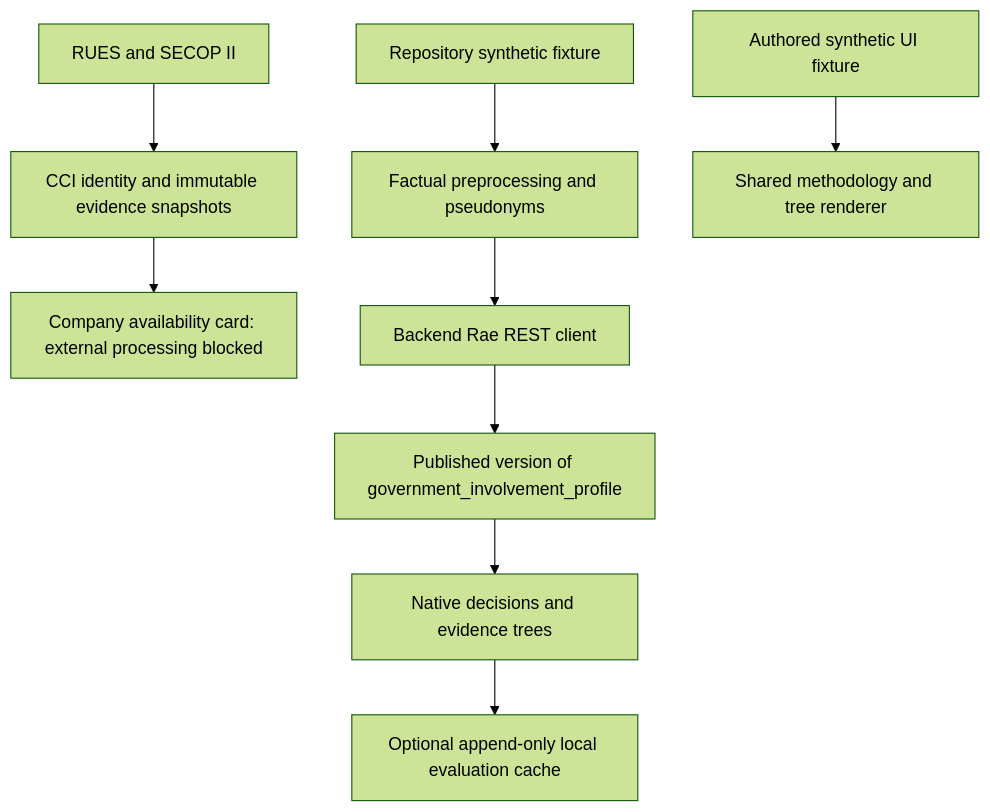
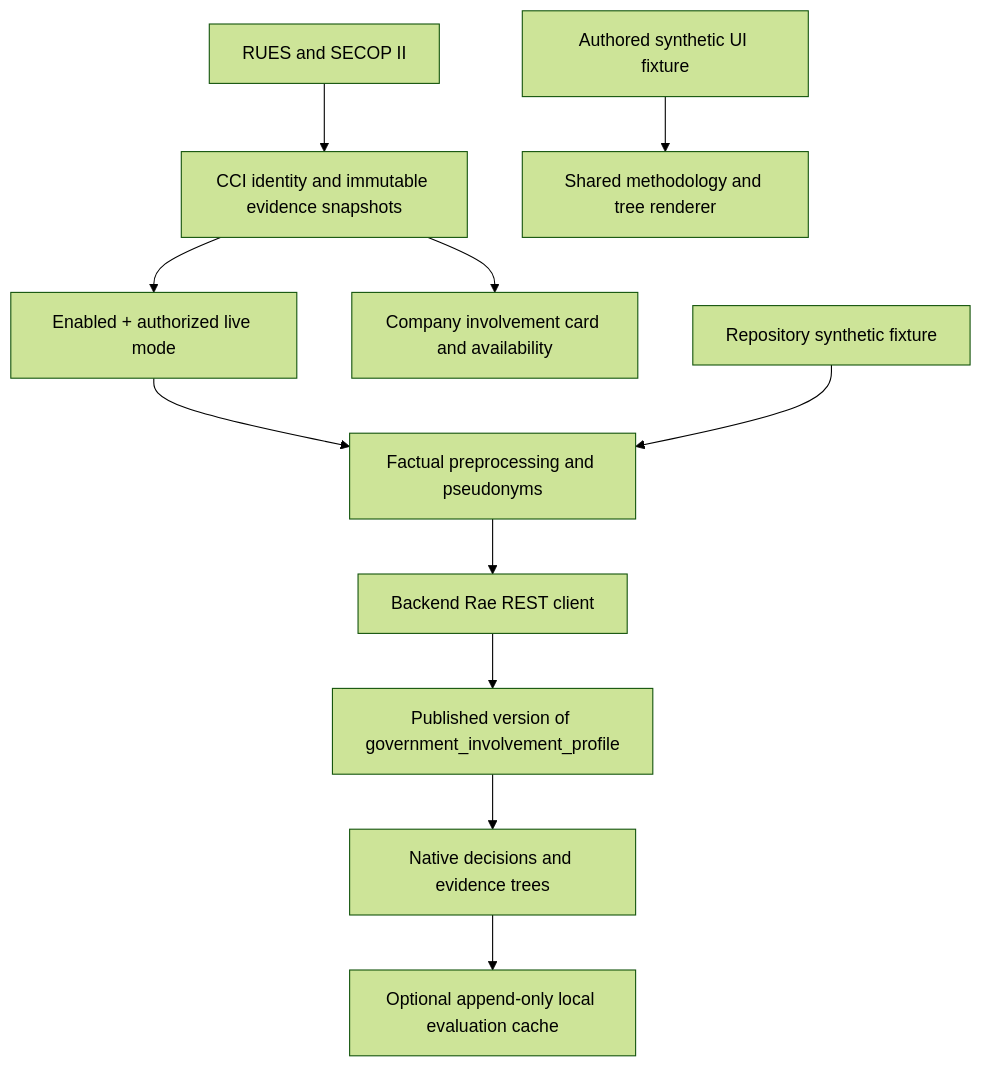
One commit to molartep/colombia-company-intelligence changed the diagram in docs/RaeManual.md. Above: the diagram before and after it, drawn with Mermaid (forest theme). The commit also changed other lines of this file and 76 other files, not shown here.

Commit message:
Enable authorized RAE reasoning and refine government involvement UI

````diff
--- a/docs/RaeManual.md
+++ b/docs/RaeManual.md
@@ -30,11 +32,13 @@
 ```mermaid
 flowchart TD
   Sources[RUES and SECOP II] --> CCI[CCI identity and immutable evidence snapshots]
-  CCI --> Card[Company availability card: external processing blocked]
+  CCI --> Gate[Enabled + authorized live mode]
+  Gate --> Mapper
+  CCI --> Card[Company involvement card and availability]
   Fixture[Repository synthetic fixture] --> Mapper[Factual preprocessing and pseudonyms]
   Mapper --> REST[Backend Rae REST client]
   REST --> Rae[Published version of government_involvement_profile]
   Rae --> Evidence[Native decisions and evidence trees]
   Evidence --> Store[Optional append-only local evaluation cache]
   Demo[Authored synthetic UI fixture] --> UI[Shared methodology and tree renderer]
 ```
````
